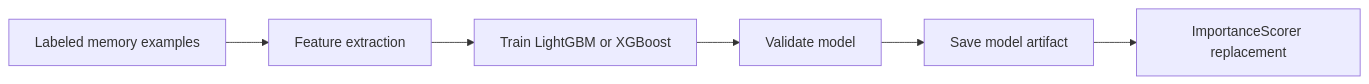
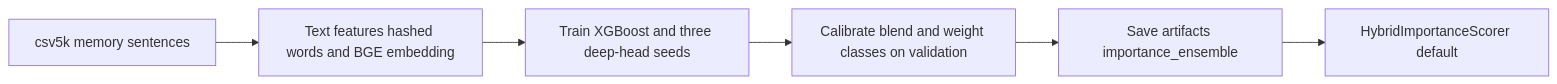
One commit to JosephRemingston/capstone changed the fourth of 5 diagrams in system_design.md. Above: the diagram before and after it, drawn with Mermaid. The commit also changed other lines of this file and 88 other files, not shown here.

````diff
--- a/system_design.md
+++ b/system_design.md
@@ -393,8 +395,8 @@
 ```mermaid
 flowchart LR
-    A[Labeled memory examples] --> B[Feature extraction]
-    B --> C[Train LightGBM or XGBoost]
-    C --> D[Validate model]
-    D --> E[Save model artifact]
-    E --> F[ImportanceScorer replacement]
+    A[csv5k memory sentences] --> B[Text features hashed words and BGE embedding]
+    B --> C[Train XGBoost and three deep-head seeds]
+    C --> D[Calibrate blend and weight classes on validation]
+    D --> E[Save artifacts importance_ensemble]
+    E --> F[HybridImportanceScorer default]
 ```
````
